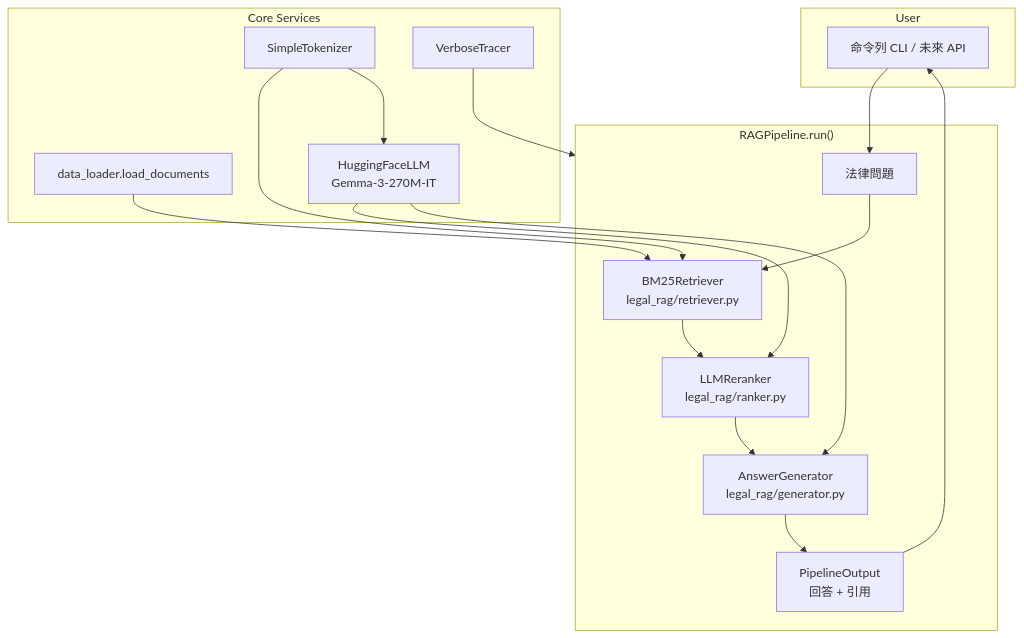
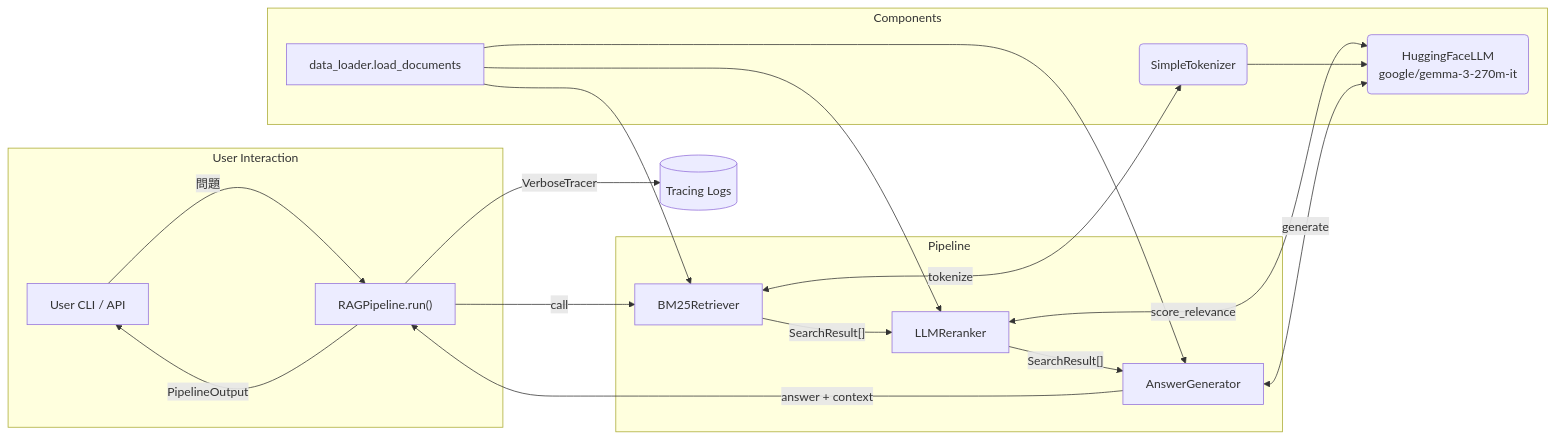
One commit to Dino1G/Legal-Consultation-RAG-Chatbot changed the diagram in slides/business_value_slides.md. Above: the diagram before and after it, drawn with Mermaid. The commit also changed other lines of this file and 7 other files, not shown here.

````diff
--- a/slides/business_value_slides.md
+++ b/slides/business_value_slides.md
@@ -22,32 +22,30 @@
 ```mermaid
-flowchart TD
-    subgraph User
-        UI[命令列 CLI / 未來 API]
+flowchart LR
+    subgraph User Interaction
+        U[User CLI / API] -->|問題| P
     end
 
-    subgraph Pipeline["RAGPipeline.run()"]
-        Q[法律問題] --> R1
-        R1[BM25Retriever\nlegal_rag/retriever.py]
-        R1 --> R2
-        R2[LLMReranker\nlegal_rag/ranker.py]
-        R2 --> G
-        G[AnswerGenerator\nlegal_rag/generator.py]
-        G --> OUT[PipelineOutput\n回答 + 引用]
+    subgraph Pipeline
+        P["RAGPipeline.run()"]
+        P -->|call| R[BM25Retriever]
+        R -->|"SearchResult[]"| RR[LLMReranker]
+        RR -->|"SearchResult[]"| G[AnswerGenerator]
+        G -->|answer + context| P
     end
 
-    subgraph Core Services
+    subgraph Components
         DL[data_loader.load_documents]
-        TOK[SimpleTokenizer]
-        LM[HuggingFaceLLM\nGemma-3-270M-IT]
-        TRACE[VerboseTracer]
+        T(SimpleTokenizer)
+        LM(HuggingFaceLLM\ngoogle/gemma-3-270m-it)
     end
 
-    UI --> Q
-    DL --> R1
-    TOK --> R1
-    TOK --> LM
-    LM --> R2
-    LM --> G
-    TRACE --> Pipeline
-    OUT --> UI
+    DL --> R
+    R <-->|tokenize| T
+    DL --> RR
+    RR <-->|score_relevance| LM
+    DL --> G
+    T --> LM
+    G <-->|generate| LM
+    P -->|VerboseTracer| VT[(Tracing Logs)]
+    P -->|PipelineOutput| U
 ```
````
